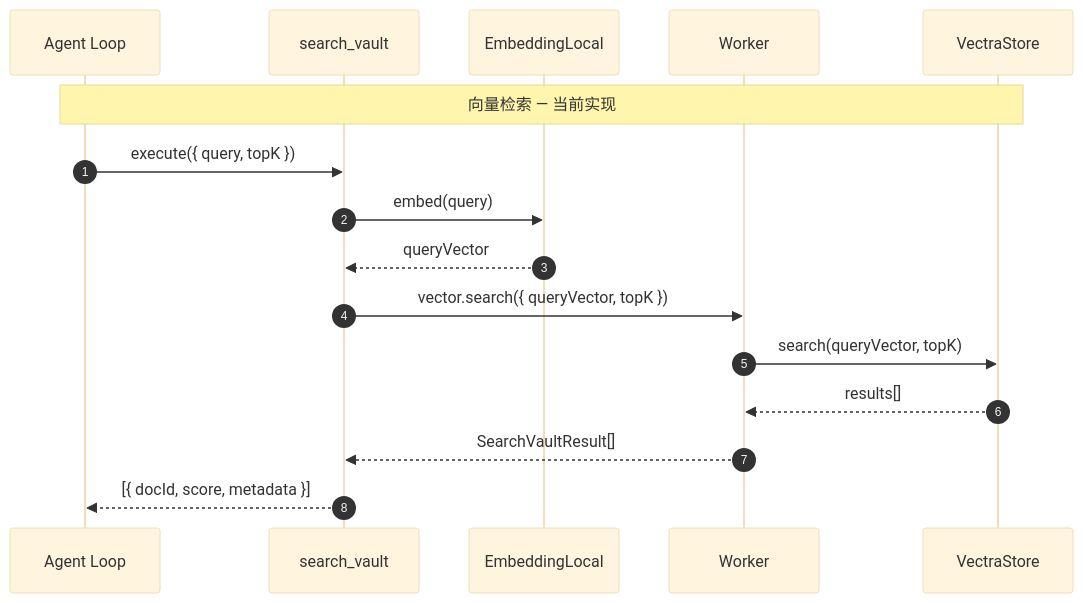
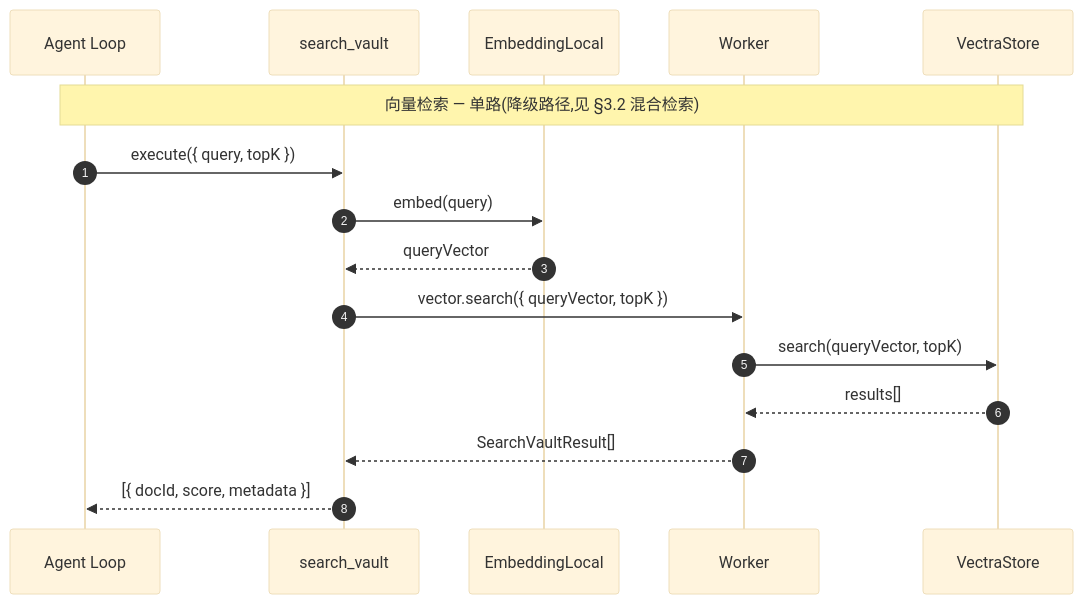
One commit to golddream-y/obsidian-ratel changed the first of 4 diagrams in docs/architecture/rag/retriever.md. Above: the diagram before and after it, drawn with Mermaid (base theme). The commit also changed other lines of this file and 14 other files, not shown here.

````diff
--- a/docs/architecture/rag/retriever.md
+++ b/docs/architecture/rag/retriever.md
@@ -55,20 +55,20 @@
 ```mermaid
 sequenceDiagram
     autonumber
     participant AL as Agent Loop
     participant SV as search_vault
     participant EL as EmbeddingLocal
     participant WP as Worker
     participant VS as VectraStore
 
-    Note over AL,VS: 向量检索 — 当前实现
+    Note over AL,VS: 向量检索 — 单路(降级路径,见 §3.2 混合检索)
 
     AL->>SV: execute({ query, topK })
     SV->>EL: embed(query)
     EL-->>SV: queryVector
     SV->>WP: vector.search({ queryVector, topK })
     WP->>VS: search(queryVector, topK)
     VS-->>WP: results[]
     WP-->>SV: SearchVaultResult[]
     SV-->>AL: [{ docId, score, metadata }]
 ```
````
